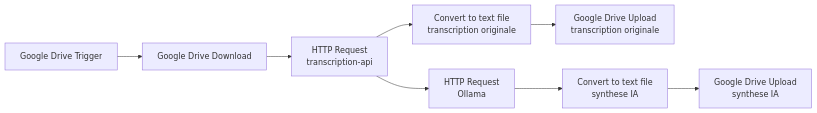
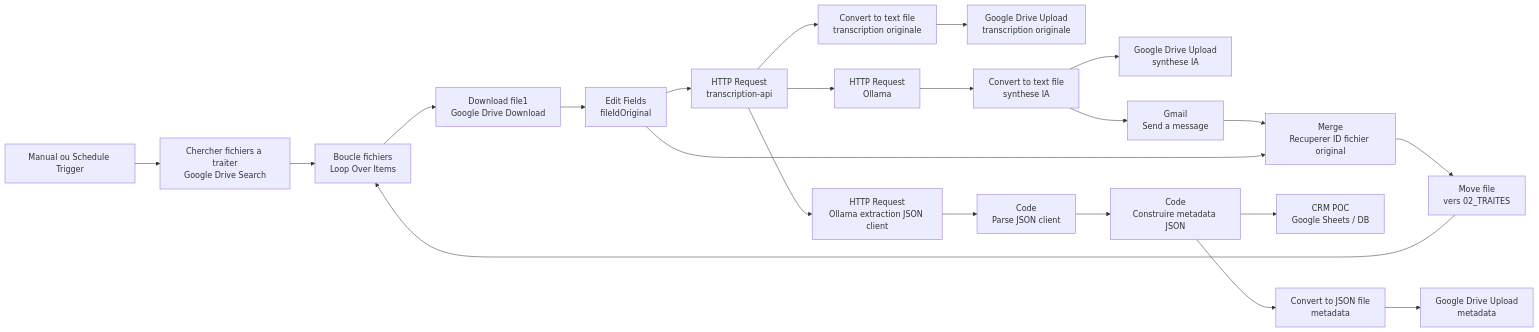
One commit to souhak00/transcription-api changed the first of 2 diagrams in N8N_OLLAMA_WORKFLOW.md. Above: the diagram before and after it, drawn with Mermaid. The commit also changed other lines of this file and 15 other files, not shown here.

Commit message:
Add CRM PostgreSQL architecture and n8n backup docs

````diff
--- a/N8N_OLLAMA_WORKFLOW.md
+++ b/N8N_OLLAMA_WORKFLOW.md
@@ -61,16 +104,32 @@
 ```mermaid
 flowchart LR
-    DriveTrigger["Google Drive Trigger"]
-    DriveDownload["Google Drive Download"]
+    DriveTrigger["Manual ou Schedule Trigger"]
+    DriveSearch["Chercher fichiers a traiter<br/>Google Drive Search"]
+    Loop["Boucle fichiers<br/>Loop Over Items"]
+    DriveDownload["Download file1<br/>Google Drive Download"]
+    KeepId["Edit Fields<br/>fileIdOriginal"]
     Transcription["HTTP Request<br/>transcription-api"]
     Ollama["HTTP Request<br/>Ollama"]
     ConvertOriginal["Convert to text file<br/>transcription originale"]
     UploadOriginal["Google Drive Upload<br/>transcription originale"]
     ConvertAi["Convert to text file<br/>synthese IA"]
     UploadAi["Google Drive Upload<br/>synthese IA"]
+    ExtractClient["HTTP Request<br/>Ollama extraction JSON client"]
+    ParseClient["Code<br/>Parse JSON client"]
+    Metadata["Code<br/>Construire metadata JSON"]
+    MetadataFile["Convert to JSON file<br/>metadata"]
+    UploadMetadata["Google Drive Upload<br/>metadata"]
+    CRM["CRM POC<br/>Google Sheets / DB"]
+    MergeId["Merge<br/>Recuperer ID fichier original"]
+    MoveFile["Move file<br/>vers 02_TRAITES"]
 
-    DriveTrigger --> DriveDownload
-    DriveDownload --> Transcription
+    DriveTrigger --> DriveSearch --> Loop --> DriveDownload --> KeepId --> Transcription
     Transcription --> ConvertOriginal --> UploadOriginal
     Transcription --> Ollama --> ConvertAi --> UploadAi
+    Transcription --> ExtractClient --> ParseClient --> Metadata --> MetadataFile --> UploadMetadata
+    Metadata --> CRM
+    ConvertAi --> Gmail["Gmail<br/>Send a message"]
+    Gmail --> MergeId
+    KeepId --> MergeId
+    MergeId --> MoveFile --> Loop
 ```
````
